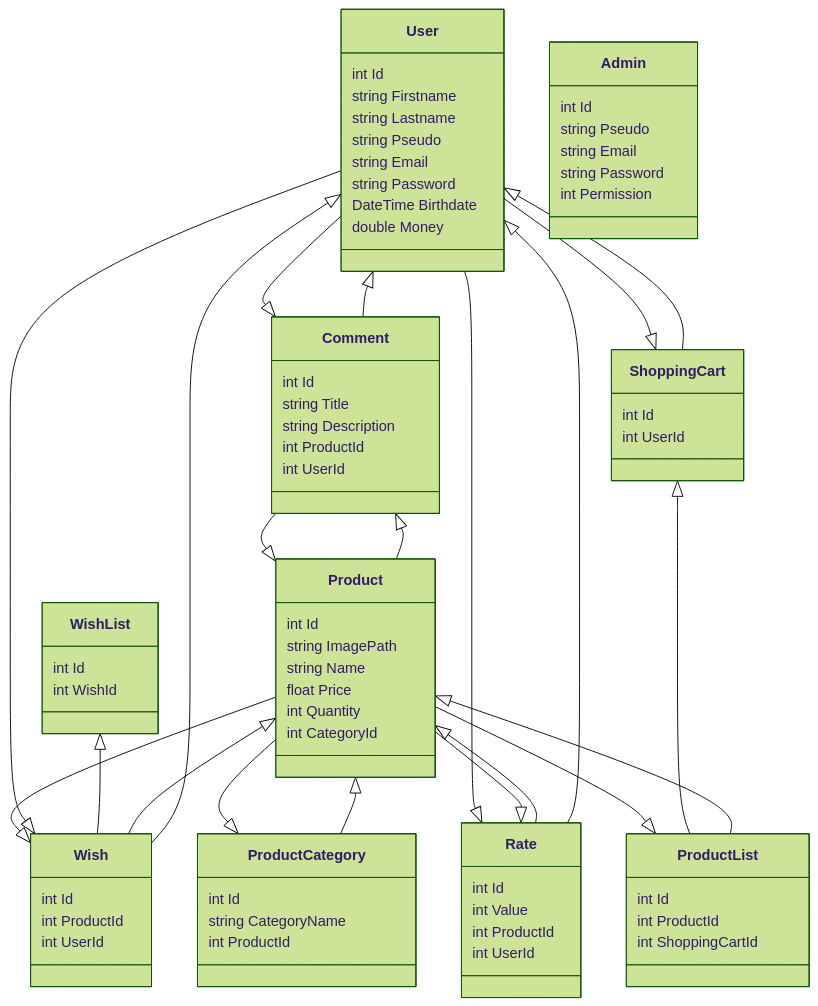
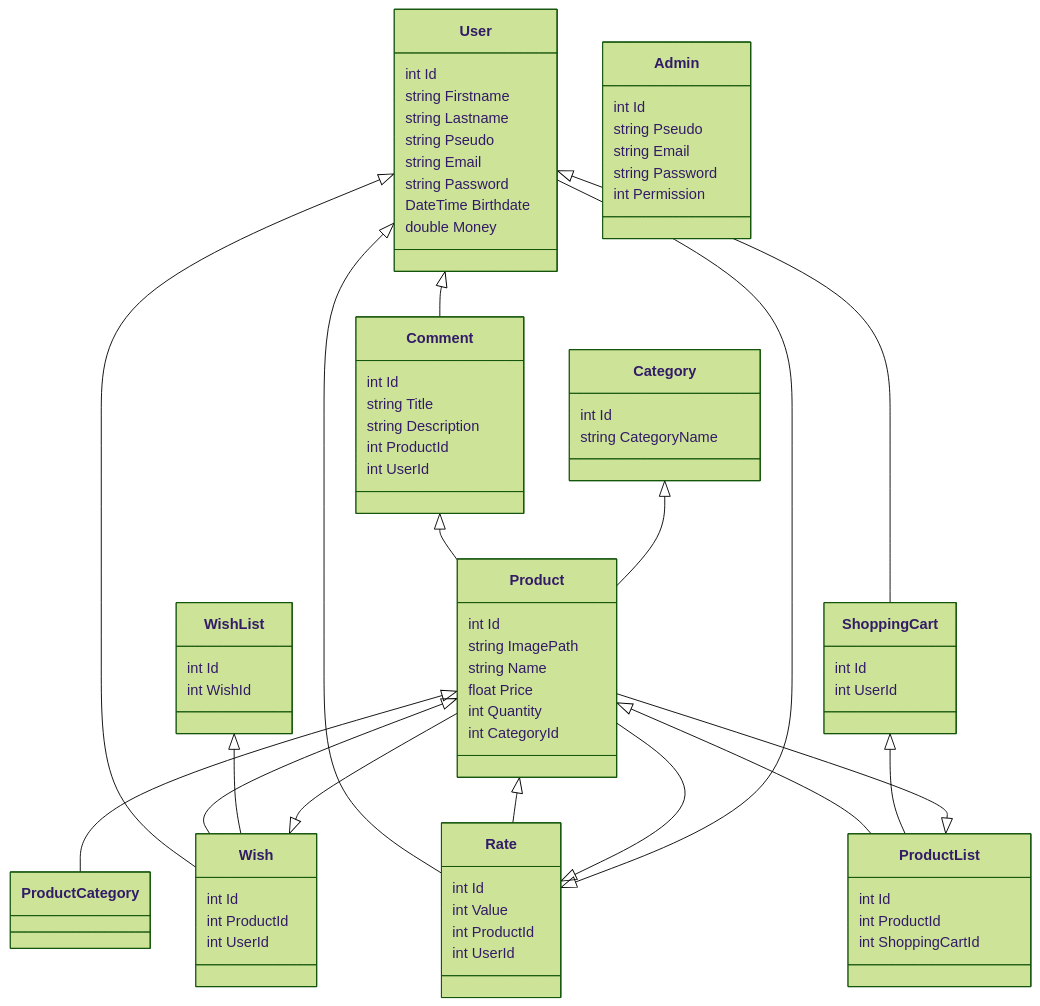
The diagram in readme.md (voluxyy/e-commerce), drawn with Mermaid (forest theme) before and after one commit.

Commit message:
:memo: New Diagram

```diff
--- a/readme.md
+++ b/readme.md
@@ -30,23 +30,19 @@
     Product <|-- Wish
     Product <|-- Rate
     Product <|-- ProductList
-    Product <|-- Comment
 
     ShoppingCart <|-- ProductList
-    ShoppingCart <|-- User
 
     Comment <|-- Product
-    Comment <|-- User
 
     Rate <|-- Product
     Rate <|-- User
 
-    Wish <|-- User
     Wish <|-- Product
 
     WishList <|-- Wish
 
-    ProductCategory <|-- Product
+    Category <|-- Product
 
     ProductList <|-- Product
 
@@ -82,10 +78,9 @@
         int Id
         int UserId
     }
-    class ProductCategory{
+    class Category{
         int Id
         string CategoryName
-        int ProductId
     }
     class User{
         int Id
```
